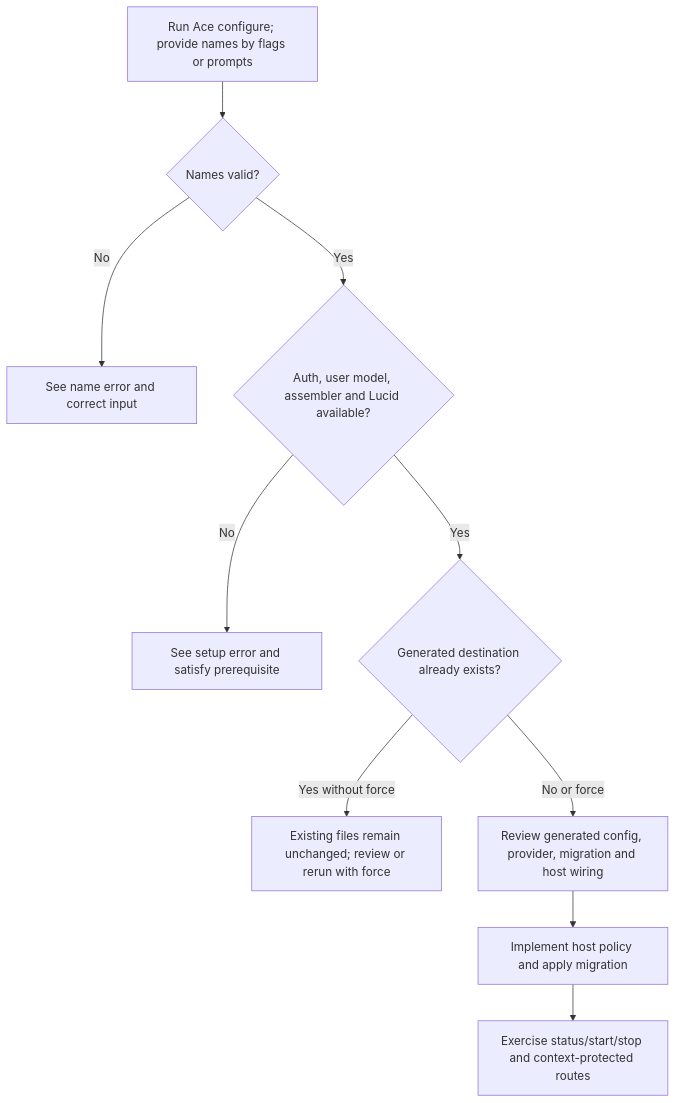
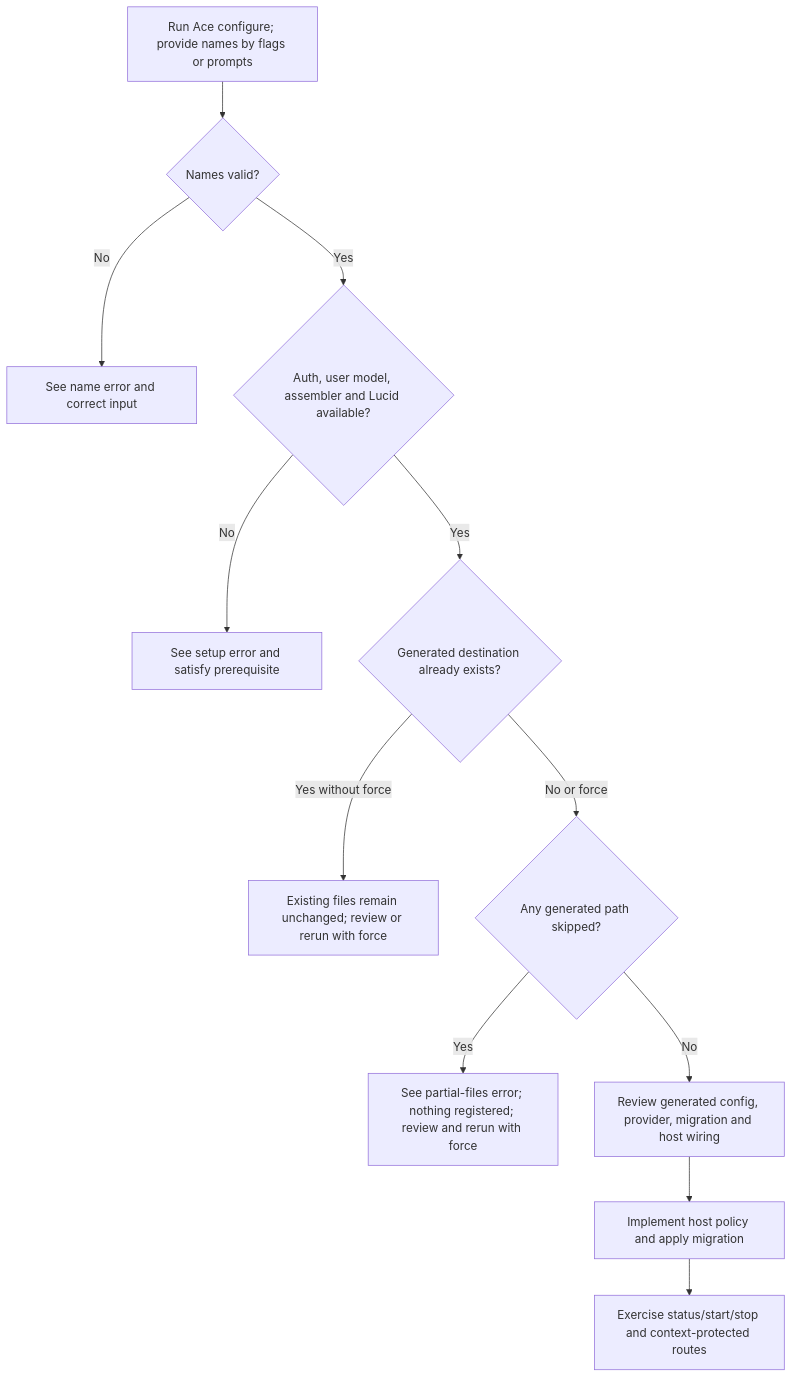
The first of 2 diagrams in user-stories/configure-masquerade/us-setup-01-configure-masquerade.md (Kevinjohn/oss-adonisjs-masquerade), drawn with Mermaid before and after one commit. The commit also changed other lines of this file and 13 other files, not shown here.

````diff
--- a/user-stories/configure-masquerade/us-setup-01-configure-masquerade.md
+++ b/user-stories/configure-masquerade/us-setup-01-configure-masquerade.md
@@ -29,12 +29,14 @@
 ```mermaid
 flowchart TD
     A["Run Ace configure; provide names by flags or prompts"] --> N{"Names valid?"}
     N -->|No| O["See name error and correct input"]
     N -->|Yes| B{"Auth, user model, assembler and Lucid available?"}
     B -->|No| C["See setup error and satisfy prerequisite"]
     B -->|Yes| D{"Generated destination already exists?"}
     D -->|Yes without force| E["Existing files remain unchanged; review or rerun with force"]
-    D -->|No or force| F["Review generated config, provider, migration and host wiring"]
+    D -->|No or force| S{"Any generated path skipped?"}
+    S -->|Yes| T["See partial-files error; nothing registered; review and rerun with force"]
+    S -->|No| F["Review generated config, provider, migration and host wiring"]
     F --> G["Implement host policy and apply migration"]
     G --> H["Exercise status/start/stop and context-protected routes"]
 ```
````
